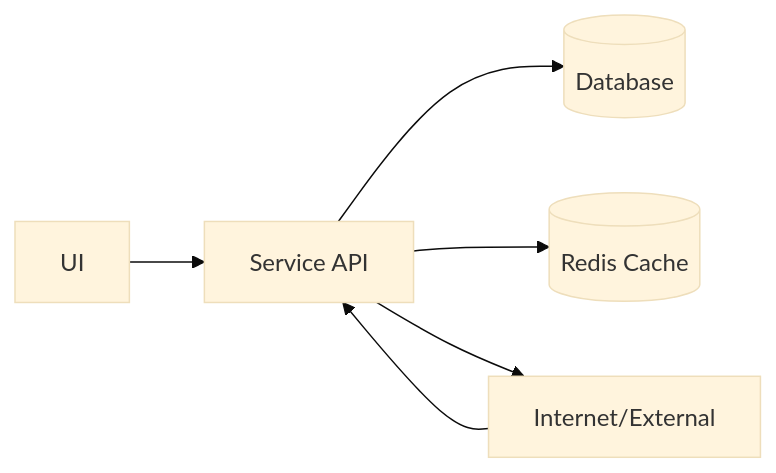
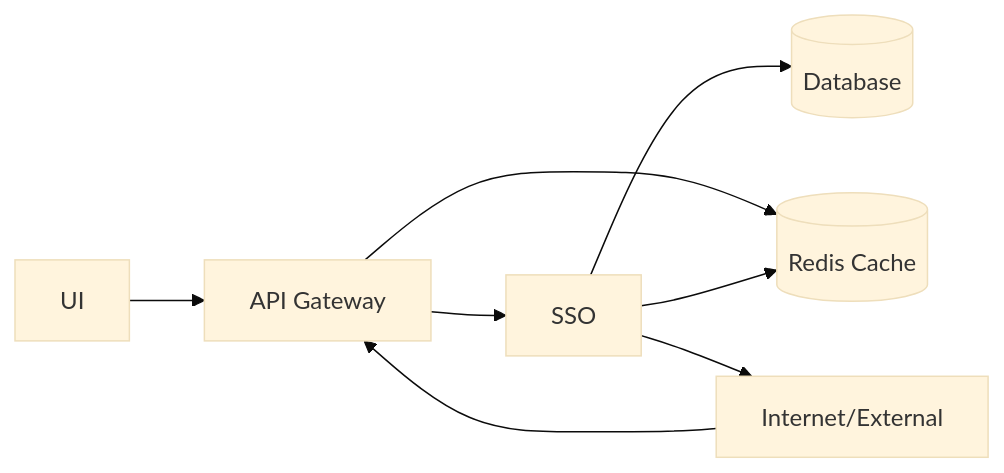
Before and after one commit to CVThien2k2/joytab: the first of 8 diagrams in docs/system-architecture-20260522.md, drawn with Mermaid (base theme). The commit also changed other lines of this file and 3 other files, not shown here.

Commit message:
docs: reflect api-gateway + sso edge-auth architecture

````diff
--- a/docs/system-architecture-20260522.md
+++ b/docs/system-architecture-20260522.md
@@ -8,8 +8,10 @@
 ```mermaid
 flowchart LR
-  UI[UI] --> API[Service API]
-  API --> DB[(Database)]
-  API --> REDIS[(Redis Cache)]
-  API --> EXT[Internet/External]
-  EXT --> API
+  UI[UI] --> GW[API Gateway]
+  GW --> SSO[SSO]
+  GW --> REDIS[(Redis Cache)]
+  SSO --> DB[(Database)]
+  SSO --> REDIS
+  SSO --> EXT[Internet/External]
+  EXT --> GW
 ```
````
